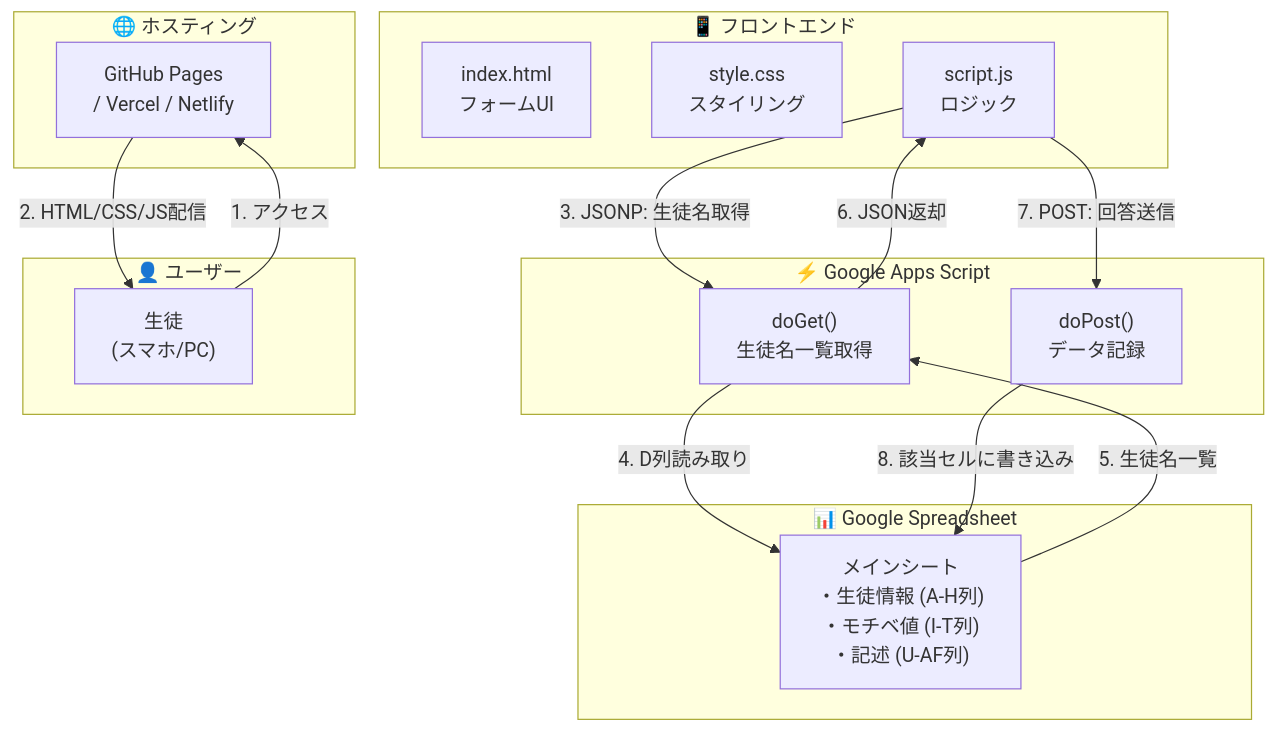
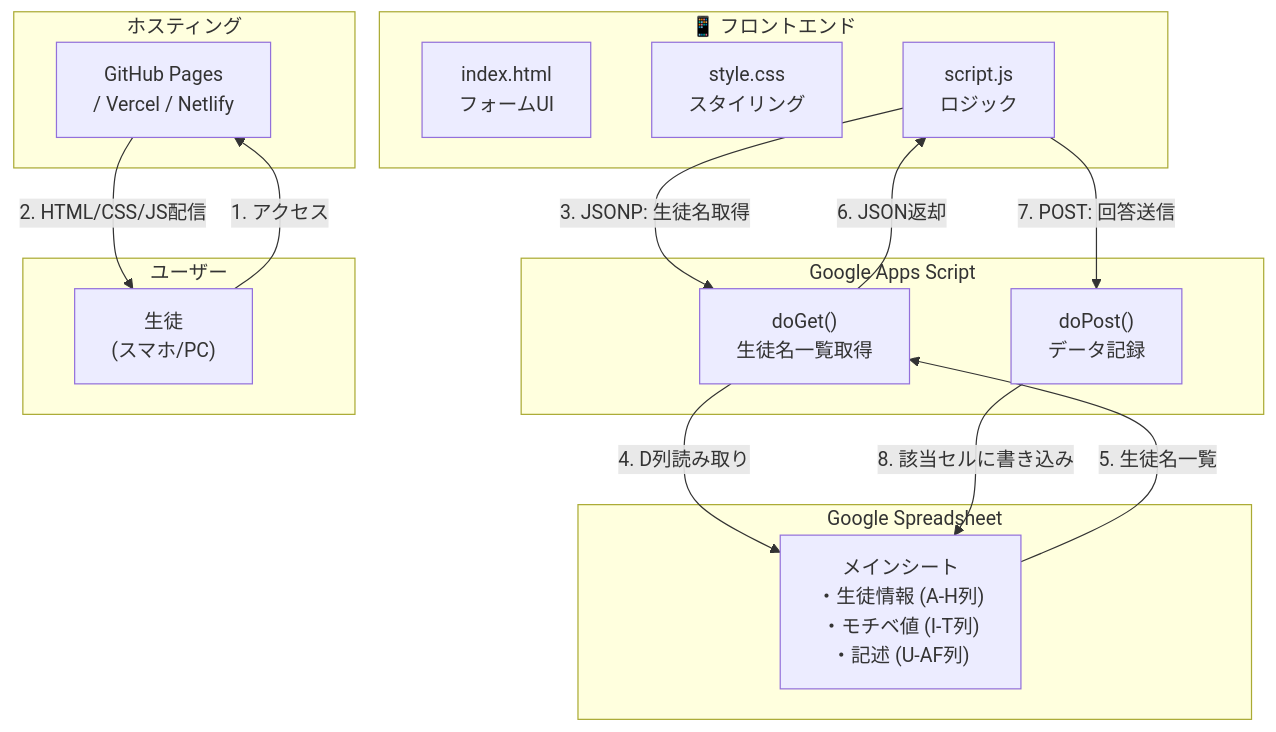
The diagram in README.md (ProjectZmVsbG93/InsightEmbedder), drawn with Mermaid before and after one commit. The commit also changed other lines of this file, not shown here.

````diff
--- a/README.md
+++ b/README.md
@@ -19,35 +19,35 @@
 ```mermaid
 flowchart TB
     subgraph Frontend["📱 フロントエンド"]
         HTML["index.html<br/>フォームUI"]
         CSS["style.css<br/>スタイリング"]
         JS["script.js<br/>ロジック"]
     end
 
-    subgraph Hosting["🌐 ホスティング"]
+    subgraph Hosting["ホスティング"]
         GHP["GitHub Pages<br/>/ Vercel / Netlify"]
     end
 
-    subgraph GAS["⚡ Google Apps Script"]
+    subgraph GAS["Google Apps Script"]
         doGet["doGet()<br/>生徒名一覧取得"]
         doPost["doPost()<br/>データ記録"]
     end
 
-    subgraph Spreadsheet["📊 Google Spreadsheet"]
+    subgraph Spreadsheet["Google Spreadsheet"]
         MainSheet["メインシート<br/>・生徒情報 (A-H列)<br/>・モチベ値 (I-T列)<br/>・記述 (U-AF列)"]
     end
 
-    subgraph User["👤 ユーザー"]
+    subgraph User["ユーザー"]
         Student["生徒<br/>(スマホ/PC)"]
     end
 
     Student -->|"1. アクセス"| GHP
     GHP -->|"2. HTML/CSS/JS配信"| Student
     JS -->|"3. JSONP: 生徒名取得"| doGet
     doGet -->|"4. D列読み取り"| MainSheet
     MainSheet -->|"5. 生徒名一覧"| doGet
     doGet -->|"6. JSON返却"| JS
     JS -->|"7. POST: 回答送信"| doPost
     doPost -->|"8. 該当セルに書き込み"| MainSheet
 
 ```
````
